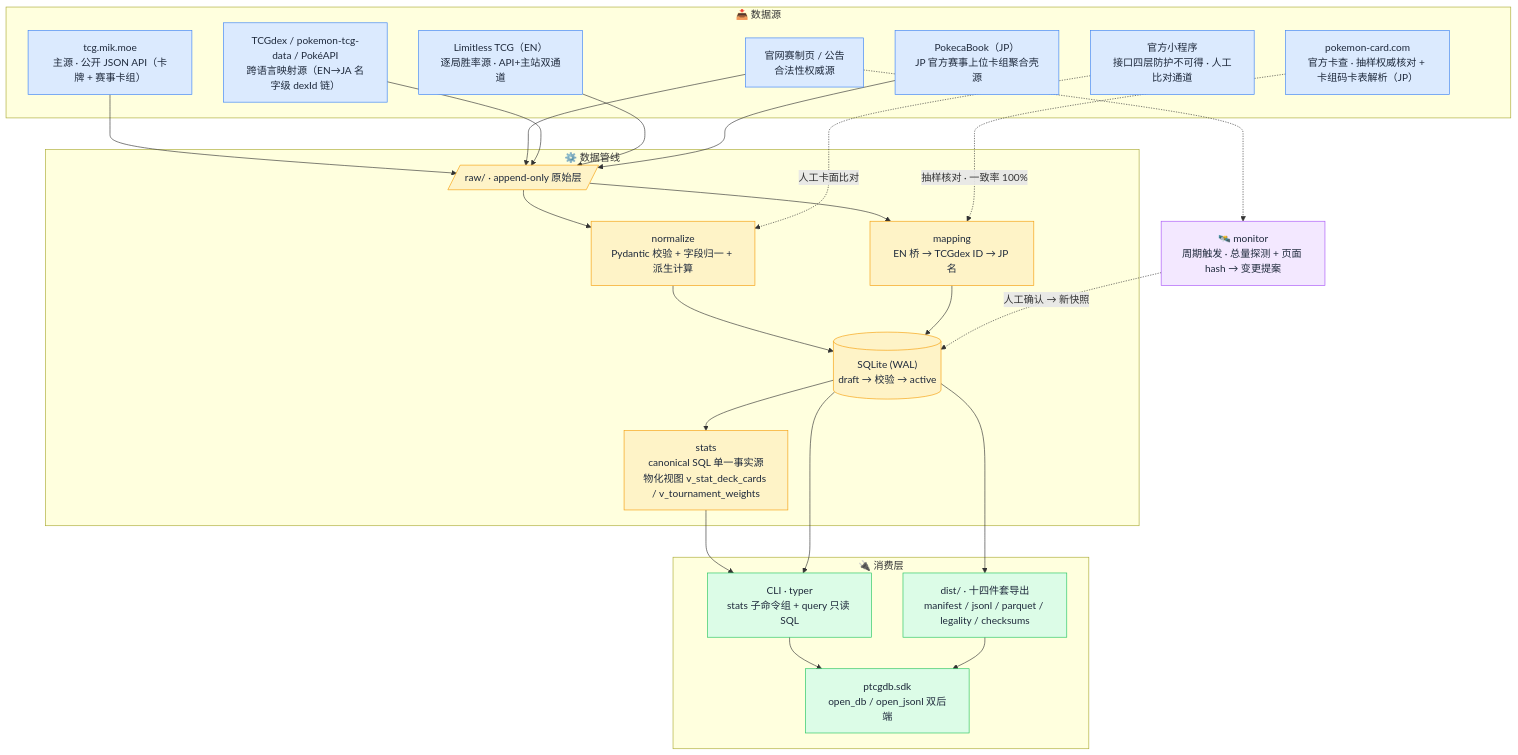
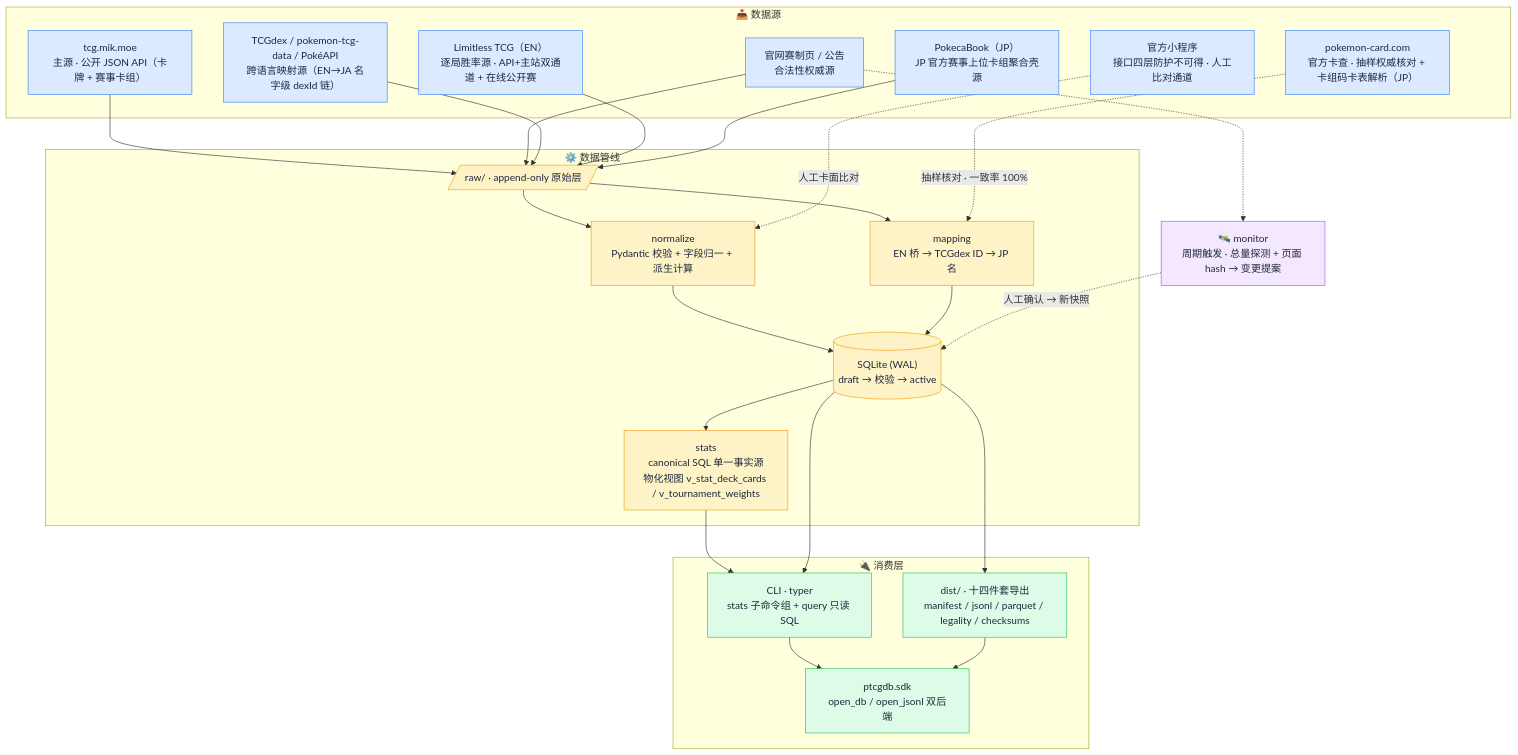
The diagram in README.md (Bingtuu/ptcg-cn-db), drawn with Mermaid before and after one commit. The commit also changed other lines of this file, not shown here.

````diff
--- a/README.md
+++ b/README.md
@@ -269,55 +269,55 @@
 ```mermaid
 flowchart TB
     subgraph SRC["📥 数据源"]
         A["tcg.mik.moe<br/>主源 · 公开 JSON API（卡牌 + 赛事卡组）"]
         B["官网赛制页 / 公告<br/>合法性权威源"]
         C["官方小程序<br/>接口四层防护不可得 · 人工比对通道"]
         D["TCGdex / pokemon-tcg-data / PokéAPI<br/>跨语言映射源（EN→JA 名字级 dexId 链）"]
         E["pokemon-card.com<br/>官方卡查 · 抽样权威核对 + 卡组码卡表解析（JP）"]
-        F["Limitless TCG（EN）<br/>逐局胜率源 · API+主站双通道"]
+        F["Limitless TCG（EN）<br/>逐局胜率源 · API+主站双通道 + 在线公开赛"]
         G["PokecaBook（JP）<br/>JP 官方赛事上位卡组聚合壳源"]
     end
 
     subgraph PIPE["⚙️ 数据管线"]
         RAW[/"raw/ · append-only 原始层"/]
         NORM["normalize<br/>Pydantic 校验 + 字段归一 + 派生计算"]
         MAP["mapping<br/>EN 桥 → TCGdex ID → JP 名"]
         DB[("SQLite (WAL)<br/>draft → 校验 → active")]
         STATS["stats<br/>canonical SQL 单一事实源<br/>物化视图 v_stat_deck_cards / v_tournament_weights"]
     end
 
     subgraph OUT["🔌 消费层"]
         CLI["CLI · typer<br/>stats 子命令组 + query 只读 SQL"]
         DIST["dist/ · 十四件套导出<br/>manifest / jsonl / parquet / legality / checksums"]
         SDK["ptcgdb.sdk<br/>open_db / open_jsonl 双后端"]
     end
 
     MON["🛰️ monitor<br/>周期触发 · 总量探测 + 页面 hash → 变更提案"]
 
     A --> RAW
     B --> RAW
     D --> RAW
     F --> RAW
     G --> RAW
     RAW --> NORM --> DB
     RAW --> MAP --> DB
     E -.->|抽样核对 · 一致率 100%| MAP
     C -.->|人工卡面比对| NORM
     DB --> STATS
     STATS --> CLI
     DB --> CLI
     DB --> DIST
     CLI --> SDK
     DIST --> SDK
     B -.-> MON
     MON -.->|人工确认 → 新快照| DB
 
     classDef source fill:#dbeafe,stroke:#3b82f6,color:#1e293b;
     classDef pipe fill:#fef3c7,stroke:#f59e0b,color:#1e293b;
     classDef out fill:#dcfce7,stroke:#22c55e,color:#1e293b;
     classDef mon fill:#f3e8ff,stroke:#a855f7,color:#1e293b;
     class A,B,C,D,E,F,G source;
     class RAW,NORM,MAP,DB,STATS pipe;
     class CLI,DIST,SDK out;
     class MON mon;
 ```
````
